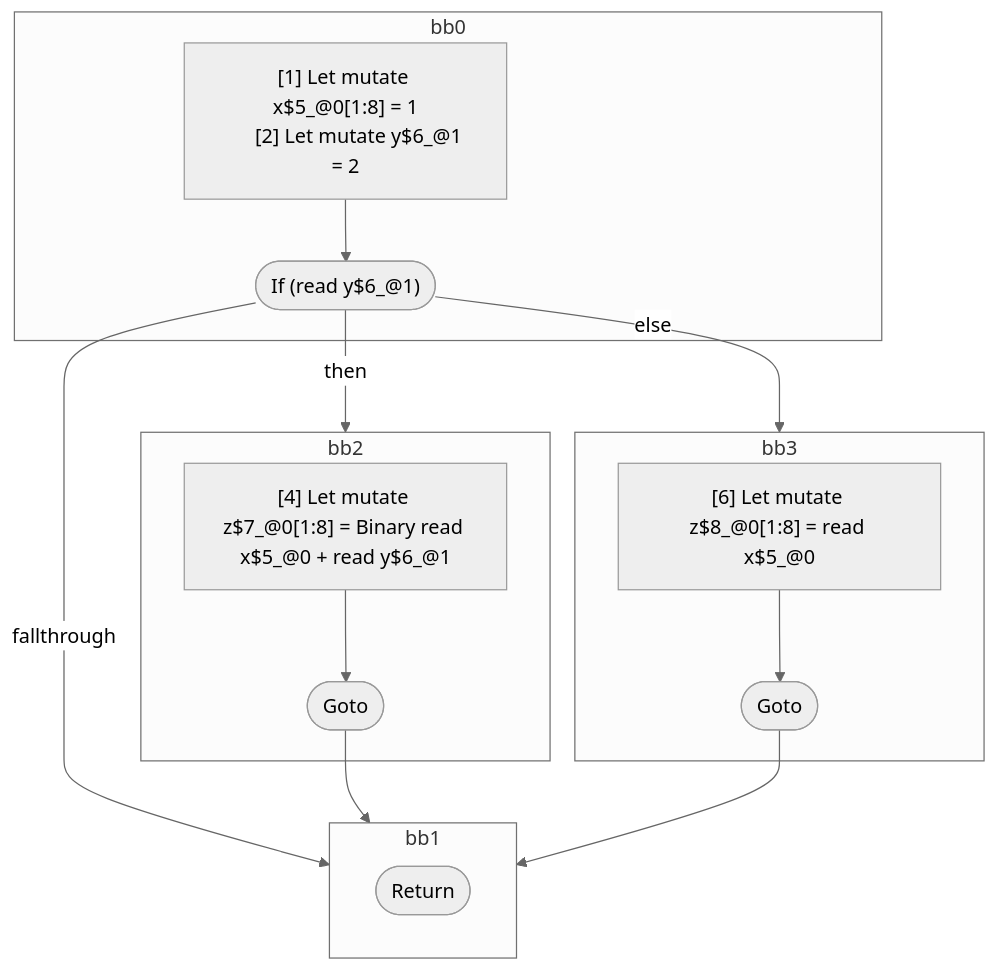
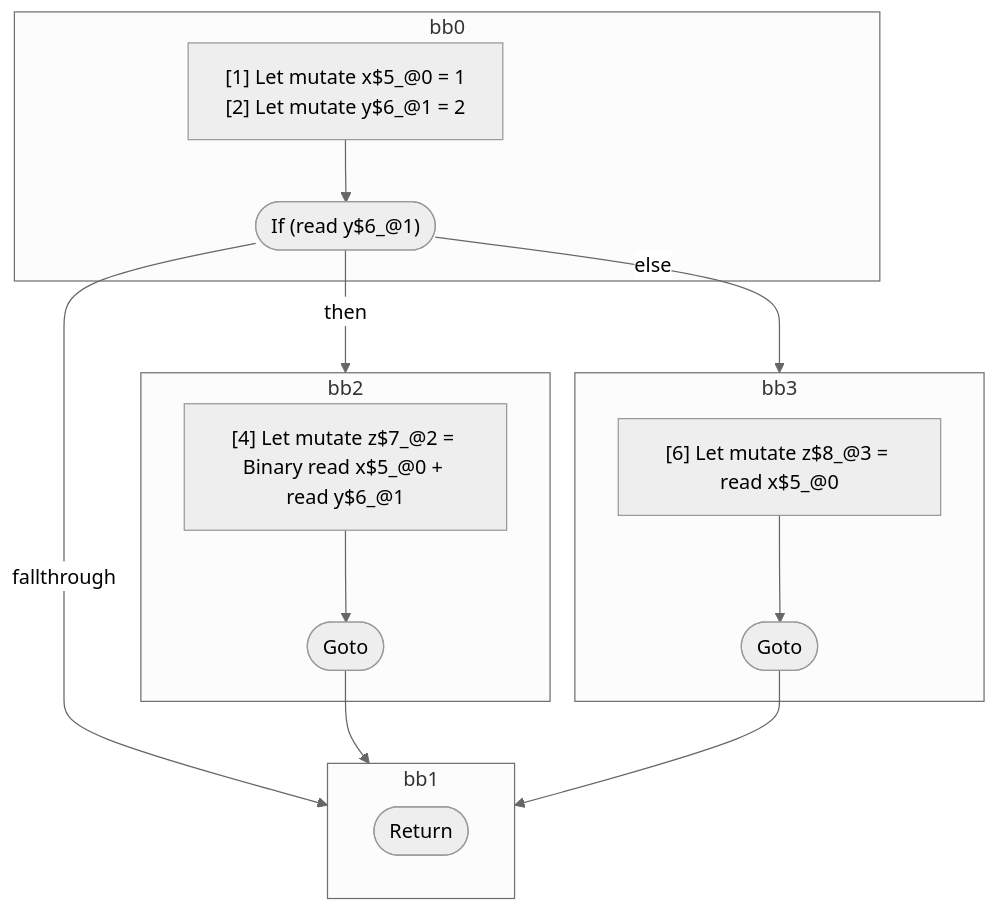
One commit to wutsmog/private changed the diagram in compiler/forget/src/__tests__/fixtures/hir/ssa-if-else.expect.md. Above: the diagram before and after it, drawn with Mermaid (neutral theme). The commit also changed other lines of this file and 4 other files, not shown here.

````diff
--- a/compiler/forget/src/__tests__/fixtures/hir/ssa-if-else.expect.md
+++ b/compiler/forget/src/__tests__/fixtures/hir/ssa-if-else.expect.md
@@ -41,34 +45,34 @@
 ```mermaid
 flowchart TB
   %% Basic Blocks
   subgraph bb0
     bb0_instrs["
-      [1] Let mutate x$5_@0[1:8] = 1
+      [1] Let mutate x$5_@0 = 1
       [2] Let mutate y$6_@1 = 2
     "]
     bb0_instrs --> bb0_terminal(["If (read y$6_@1)"])
   end
   subgraph bb2
     bb2_instrs["
-      [4] Let mutate z$7_@0[1:8] = Binary read x$5_@0 + read y$6_@1
+      [4] Let mutate z$7_@2 = Binary read x$5_@0 + read y$6_@1
     "]
     bb2_instrs --> bb2_terminal(["Goto"])
   end
   subgraph bb3
     bb3_instrs["
-      [6] Let mutate z$8_@0[1:8] = read x$5_@0
+      [6] Let mutate z$8_@3 = read x$5_@0
     "]
     bb3_instrs --> bb3_terminal(["Goto"])
   end
   subgraph bb1
     bb1_terminal(["Return"])
   end
 
   %% Jumps
   bb0_terminal -- "then" --> bb2
   bb0_terminal -- "else" --> bb3
   bb0_terminal -- "fallthrough" --> bb1
   bb2_terminal --> bb1
   bb3_terminal --> bb1
 
 ```
````
